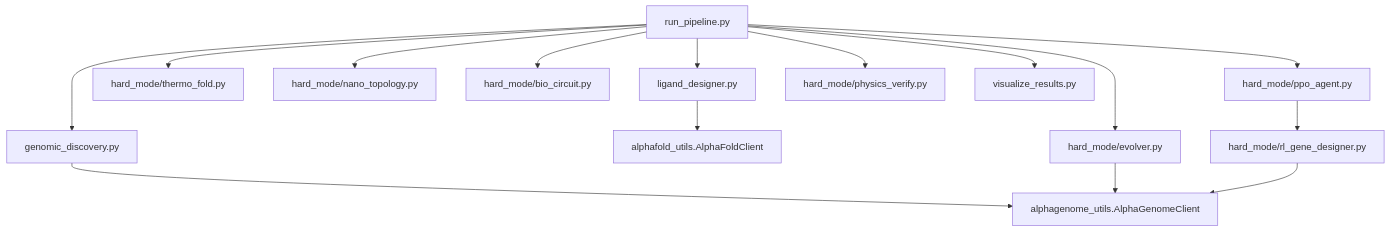
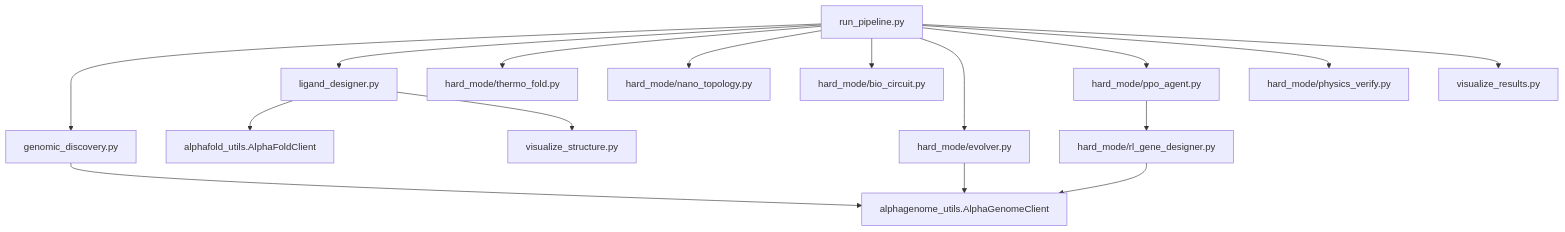
Before and after one commit to bharathvbcr/GenoThermal_Targeting: the diagram in CODEBASE_MAP.md, drawn with Mermaid. The commit also changed other lines of this file and 394 other files, not shown here.

````diff
--- a/CODEBASE_MAP.md
+++ b/CODEBASE_MAP.md
@@ -42,17 +42,18 @@
 ```mermaid
 flowchart TD
     A["run_pipeline.py"] --> B["genomic_discovery.py"]
     B --> C["alphagenome_utils.AlphaGenomeClient"]
     A --> D["ligand_designer.py"]
     D --> E["alphafold_utils.AlphaFoldClient"]
     A --> F["hard_mode/thermo_fold.py"]
     A --> G["hard_mode/nano_topology.py"]
     A --> H["hard_mode/bio_circuit.py"]
     A --> I["hard_mode/evolver.py"]
     I --> C
     A --> J["hard_mode/ppo_agent.py"]
     J --> K["hard_mode/rl_gene_designer.py"]
     K --> C
     A --> L["hard_mode/physics_verify.py"]
     A --> M["visualize_results.py"]
+    D --> N["visualize_structure.py"]
 ```
````
